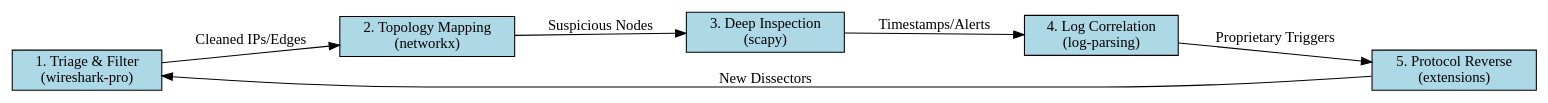
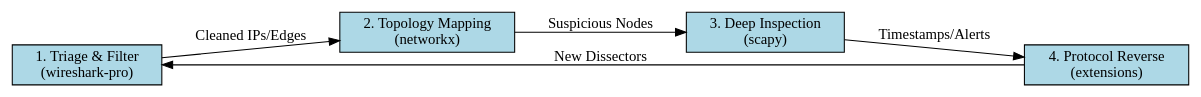
The diagram in src/skills/networking-security/networking-security-suite/SKILL.md (yonikremer/claude-data-skills), drawn with Graphviz before and after one commit. The commit also changed other lines of this file and 21 other files, not shown here.

````diff
--- a/src/skills/networking-security/networking-security-suite/SKILL.md
+++ b/src/skills/networking-security/networking-security-suite/SKILL.md
@@ -16,18 +16,16 @@
 ```dot
 digraph investigation_pipeline {
     rankdir=LR;
     node [shape=box, style=filled, fillcolor=lightblue];
-    
+
     "Triage" [label="1. Triage & Filter\n(wireshark-pro)"];
     "Topology" [label="2. Topology Mapping\n(networkx)"];
     "DPI" [label="3. Deep Inspection\n(scapy)"];
-    "Correlation" [label="4. Log Correlation\n(log-parsing)"];
-    "Reverse" [label="5. Protocol Reverse\n(extensions)"];
-    
+    "Reverse" [label="4. Protocol Reverse\n(extensions)"];
+
     "Triage" -> "Topology" [label="Cleaned IPs/Edges"];
     "Topology" -> "DPI" [label="Suspicious Nodes"];
-    "DPI" -> "Correlation" [label="Timestamps/Alerts"];
-    "Correlation" -> "Reverse" [label="Proprietary Triggers"];
+    "DPI" -> "Reverse" [label="Timestamps/Alerts"];
     "Reverse" -> "Triage" [label="New Dissectors"];
 }
 ```
````
